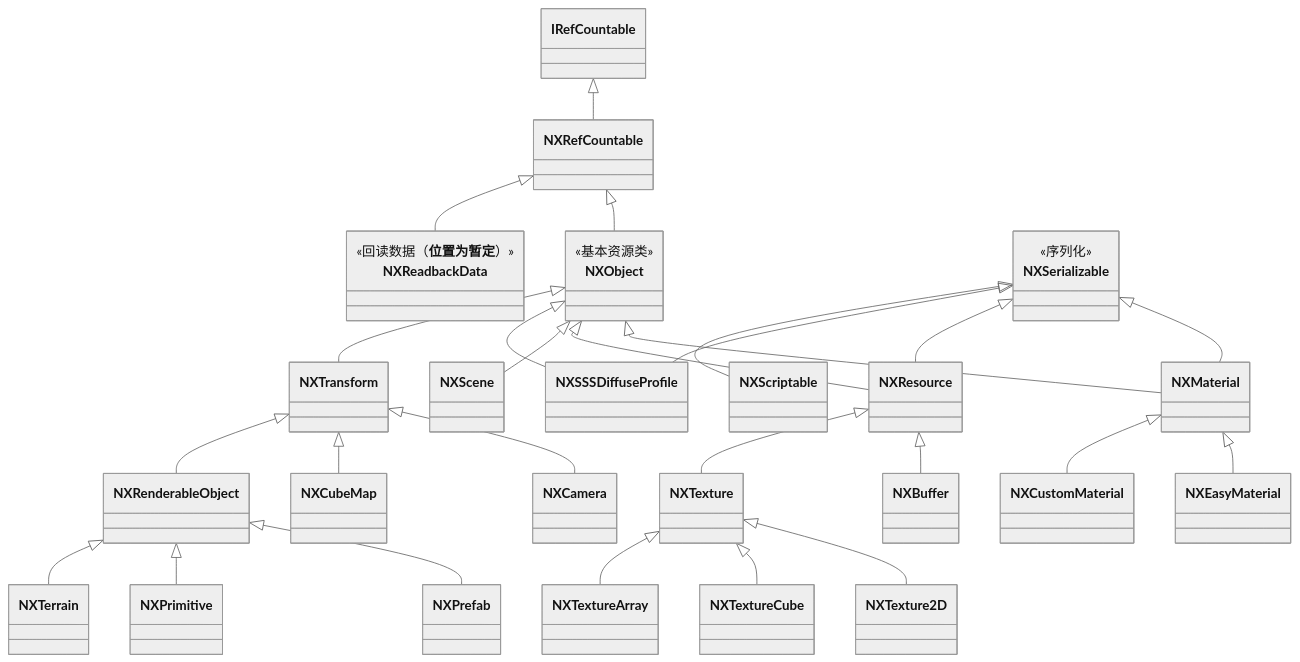
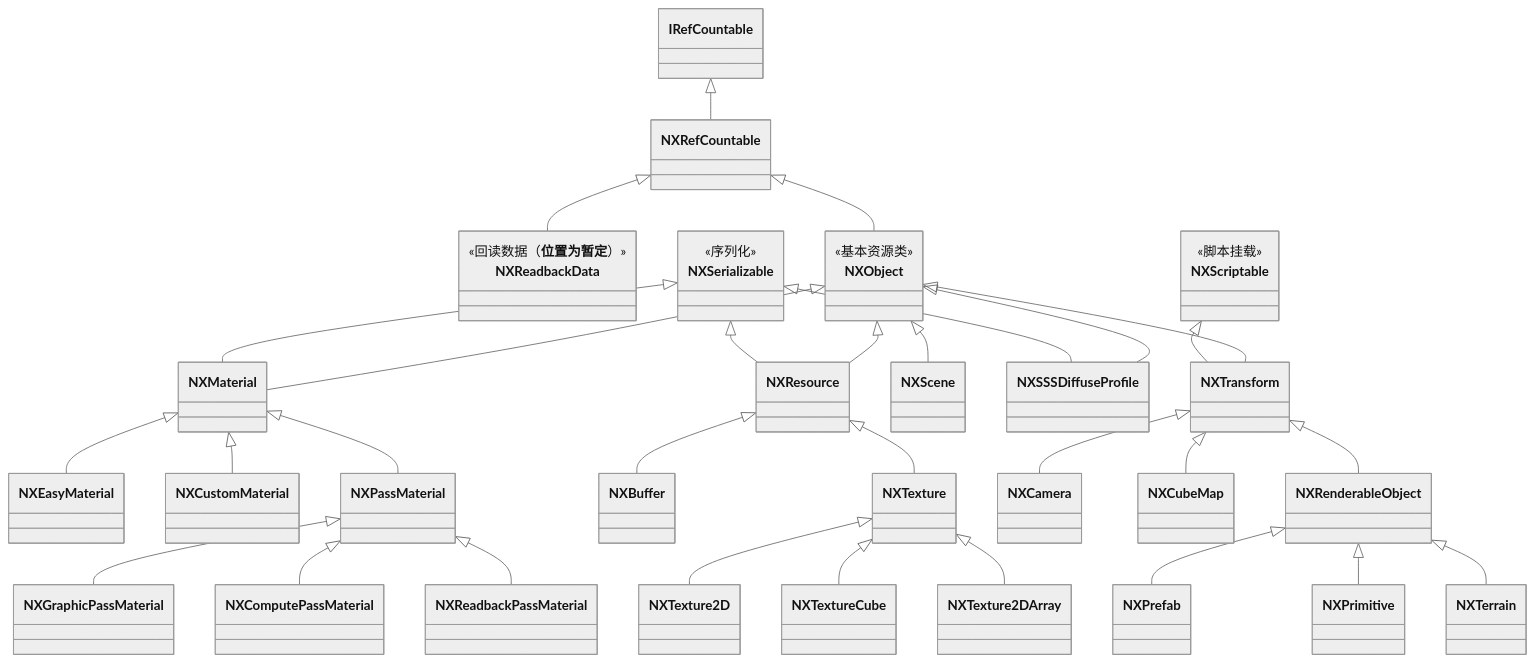
Before and after one commit to moso31/Nix: the diagram in NIX Wiki/NX 继承链.md, drawn with Mermaid (neutral theme). The commit also changed 20 other files, not shown here.

````diff
--- a/NIX Wiki/NX 继承链.md
+++ b/NIX Wiki/NX 继承链.md
@@ -1,43 +1,51 @@
 ```mermaid
 classDiagram 
 	class NXReadbackData{
 		<<回读数据（**位置为暂定**）>>
 	}
     class NXObject {
 	    <<基本资源类>>
     }
     class NXSerializable{
 	    <<序列化>>
+    }
+    class NXScriptable{
+	    <<脚本挂载>>
     }
 
     IRefCountable <|-- NXRefCountable
     NXRefCountable <|-- NXObject
     NXRefCountable <|-- NXReadbackData
     NXObject <|-- NXMaterial
     NXObject <|-- NXResource
     NXObject <|-- NXScene
     NXObject <|-- NXSSSDiffuseProfile
     NXObject <|-- NXTransform
     
     NXSerializable <|-- NXMaterial
     NXSerializable <|-- NXResource
     NXSerializable <|-- NXSSSDiffuseProfile
-    NXSerializable <|-- NXScriptable
+
+    NXScriptable <|-- NXTransform
 
     NXMaterial <|-- NXEasyMaterial
     NXMaterial <|-- NXCustomMaterial
+    NXMaterial <|-- NXPassMaterial
+    NXPassMaterial <|-- NXGraphicPassMaterial
+    NXPassMaterial <|-- NXComputePassMaterial
+    NXPassMaterial <|-- NXReadbackPassMaterial
 
     NXResource <|-- NXBuffer
     NXResource <|-- NXTexture
     NXTexture <|-- NXTexture2D
     NXTexture <|-- NXTextureCube
-    NXTexture <|-- NXTextureArray
+    NXTexture <|-- NXTexture2DArray
 
     NXTransform <|-- NXCamera
     NXTransform <|-- NXCubeMap
     NXTransform <|-- NXRenderableObject
     NXRenderableObject <|-- NXPrefab
     NXRenderableObject <|-- NXPrimitive
     NXRenderableObject <|-- NXTerrain
 
 ```
````
